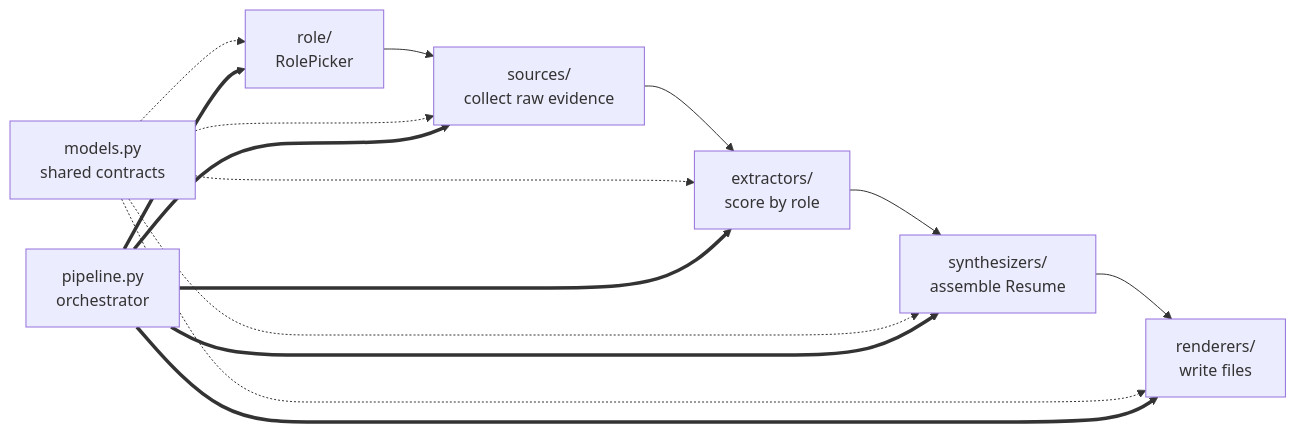
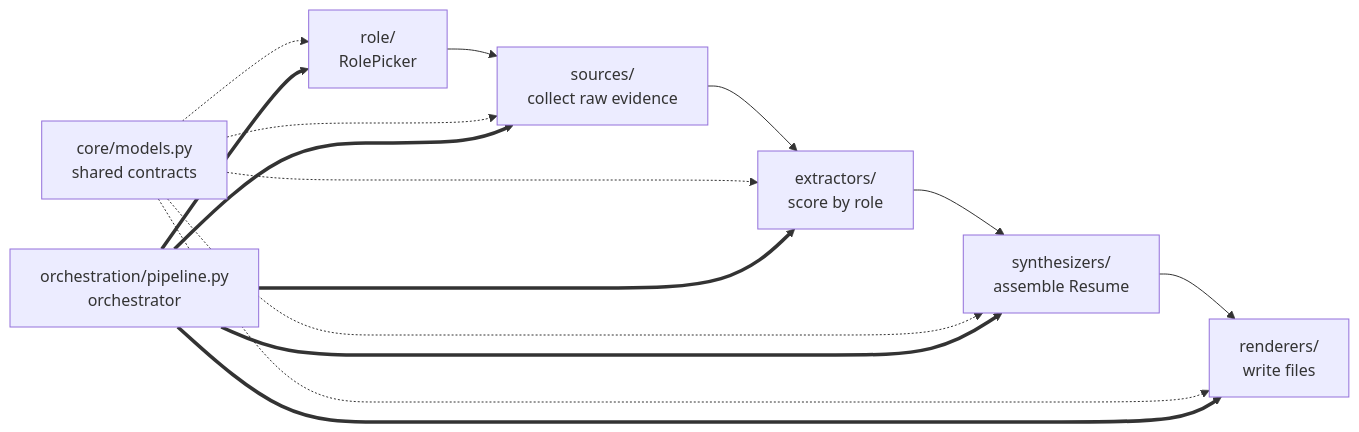
The first of 3 diagrams in src/resume_builder/README.md (JohnAndrewBalbarosa/resume-build-chopper), drawn with Mermaid before and after one commit. The commit also changed other lines of this file and 67 other files, not shown here.

Commit message:
refactor: group loose modules into core/classification/orchestration/review folders + new-folder READMEs

````diff
--- a/src/resume_builder/README.md
+++ b/src/resume_builder/README.md
@@ -16,17 +16,17 @@
 ```mermaid
 flowchart LR
     A[role/<br/>RolePicker] --> B[sources/<br/>collect raw evidence]
     B --> C[extractors/<br/>score by role]
     C --> D[synthesizers/<br/>assemble Resume]
     D --> E[renderers/<br/>write files]
-    M[models.py<br/>shared contracts] -.-> A
+    M[core/models.py<br/>shared contracts] -.-> A
     M -.-> B
     M -.-> C
     M -.-> D
     M -.-> E
-    P[pipeline.py<br/>orchestrator] ==> A
+    P[orchestration/pipeline.py<br/>orchestrator] ==> A
     P ==> B
     P ==> C
     P ==> D
     P ==> E
 ```
````
